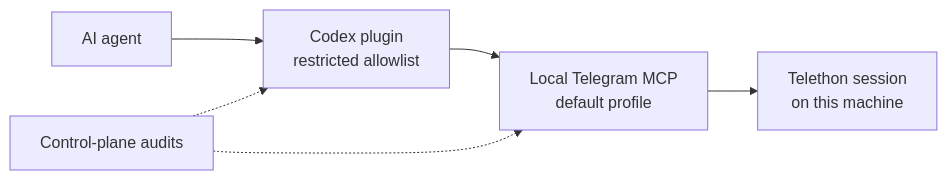
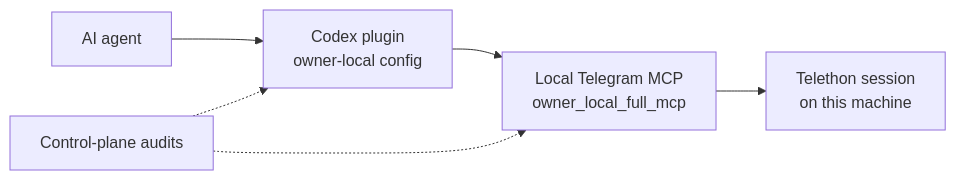
One commit to speech115/telegram-plugin changed the diagram in README.md. Above: the diagram before and after it, drawn with Mermaid. The commit also changed other lines of this file and 24 other files, not shown here.

Commit message:
Harden Telegram MCP control surfaces

````diff
--- a/README.md
+++ b/README.md
@@ -78,8 +102,8 @@
 ```mermaid
 flowchart LR
-  Agent["AI agent"] --> Plugin["Codex plugin<br/>restricted allowlist"]
-  Plugin --> MCP["Local Telegram MCP<br/>default profile"]
+  Agent["AI agent"] --> Plugin["Codex plugin<br/>owner-local config"]
+  Plugin --> MCP["Local Telegram MCP<br/>owner_local_full_mcp"]
   MCP --> Telethon["Telethon session<br/>on this machine"]
   Control["Control-plane audits"] -.-> Plugin
   Control -.-> MCP
 ```
````
